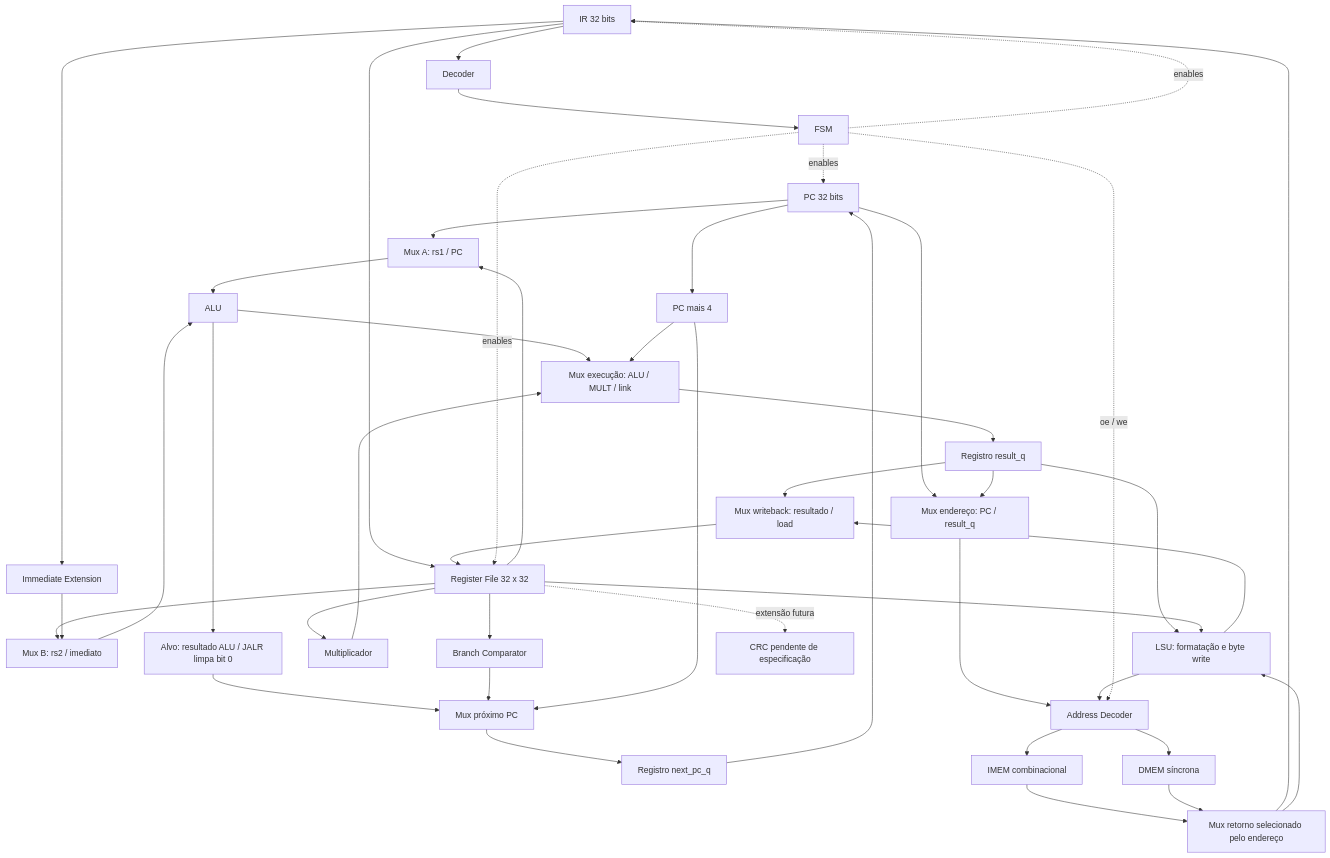
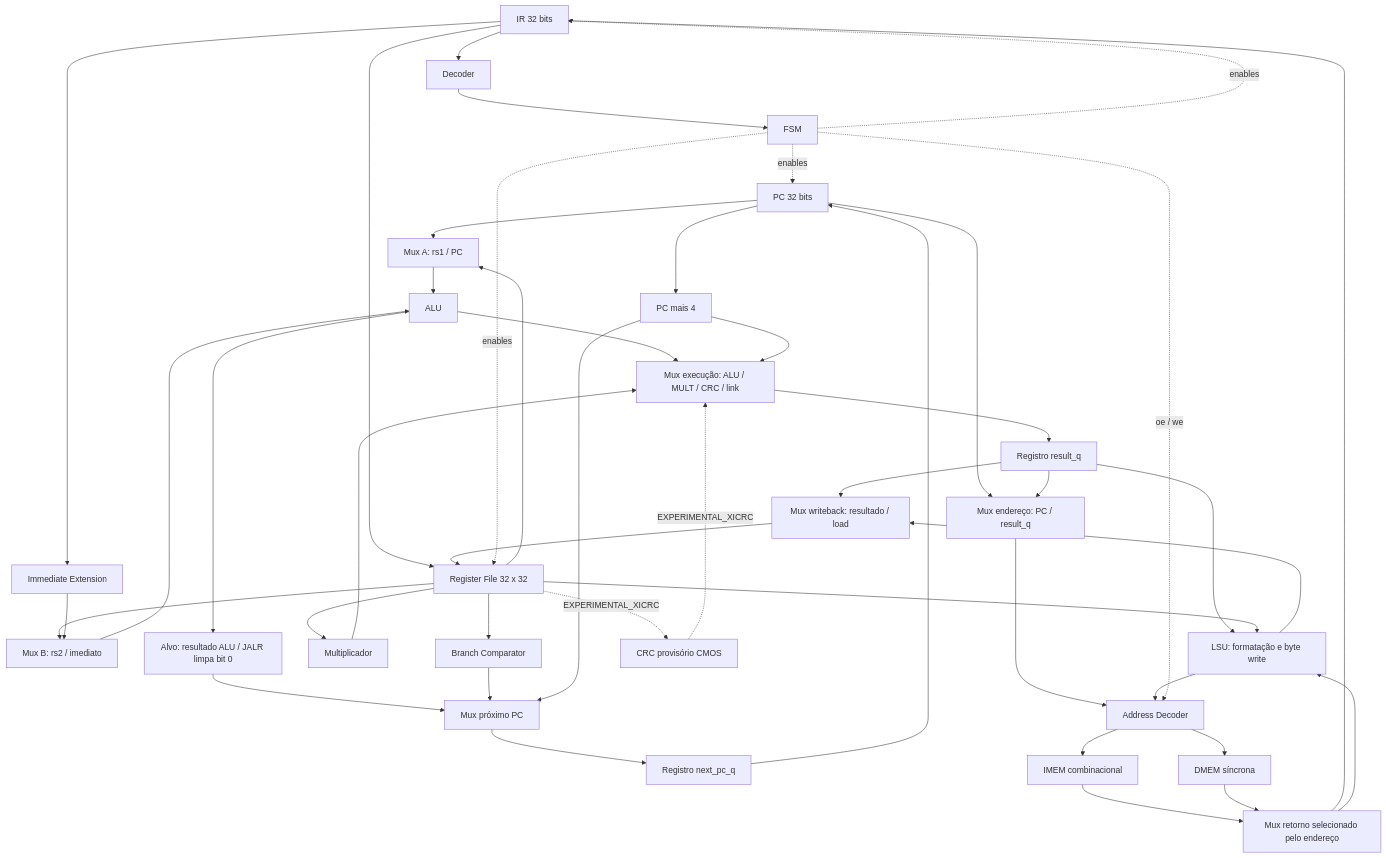
One commit to cmosuea-arch/RV32-multicycle changed the diagram in docs/architecture/block_diagram.md. Above: the diagram before and after it, drawn with Mermaid. The commit also changed other lines of this file and 24 other files, not shown here.

````diff
--- a/docs/architecture/block_diagram.md
+++ b/docs/architecture/block_diagram.md
@@ -5,46 +5,47 @@
 ```mermaid
 flowchart TB
  IR[IR 32 bits] --> DEC[Decoder]
  IR --> IMM[Immediate Extension]
  IR --> RF[Register File 32 x 32]
  DEC --> FSM[FSM]
  RF --> A[Mux A: rs1 / PC]
  RF --> B[Mux B: rs2 / imediato]
  PC[PC 32 bits] --> A
  IMM --> B
  A --> ALU
  B --> ALU
  RF --> BC[Branch Comparator]
  RF --> MULT[Multiplicador]
  PC --> P4[PC mais 4]
  ALU --> TARGET[Alvo: resultado ALU / JALR limpa bit 0]
  TARGET --> NEXT[Mux próximo PC]
  BC --> NEXT
  P4 --> NEXT
  NEXT --> NP[Registro next_pc_q]
  NP --> PC
- ALU --> EXEC[Mux execução: ALU / MULT / link]
+ ALU --> EXEC[Mux execução: ALU / MULT / CRC / link]
  MULT --> EXEC
  P4 --> EXEC
  EXEC --> RES[Registro result_q]
  RES --> WB[Mux writeback: resultado / load]
  RES --> LSU[LSU: formatação e byte write]
  RF --> LSU
  LSU --> WB
  WB --> RF
  PC --> ADDR[Mux endereço: PC / result_q]
  RES --> ADDR
  ADDR --> AD[Address Decoder]
  LSU --> AD
  AD --> IMEM[IMEM combinacional]
  AD --> DMEM[DMEM síncrona]
  IMEM --> READ[Mux retorno selecionado pelo endereço]
  DMEM --> READ
  READ --> IR
  READ --> LSU
  FSM -. enables .-> PC
  FSM -. enables .-> IR
  FSM -. enables .-> RF
  FSM -. oe / we .-> AD
- RF -. extensão futura .-> CRC[CRC pendente de especificação]
+ RF -. EXPERIMENTAL_XICRC .-> CRC[CRC provisório CMOS]
+ CRC -. EXPERIMENTAL_XICRC .-> EXEC
 ```
````
